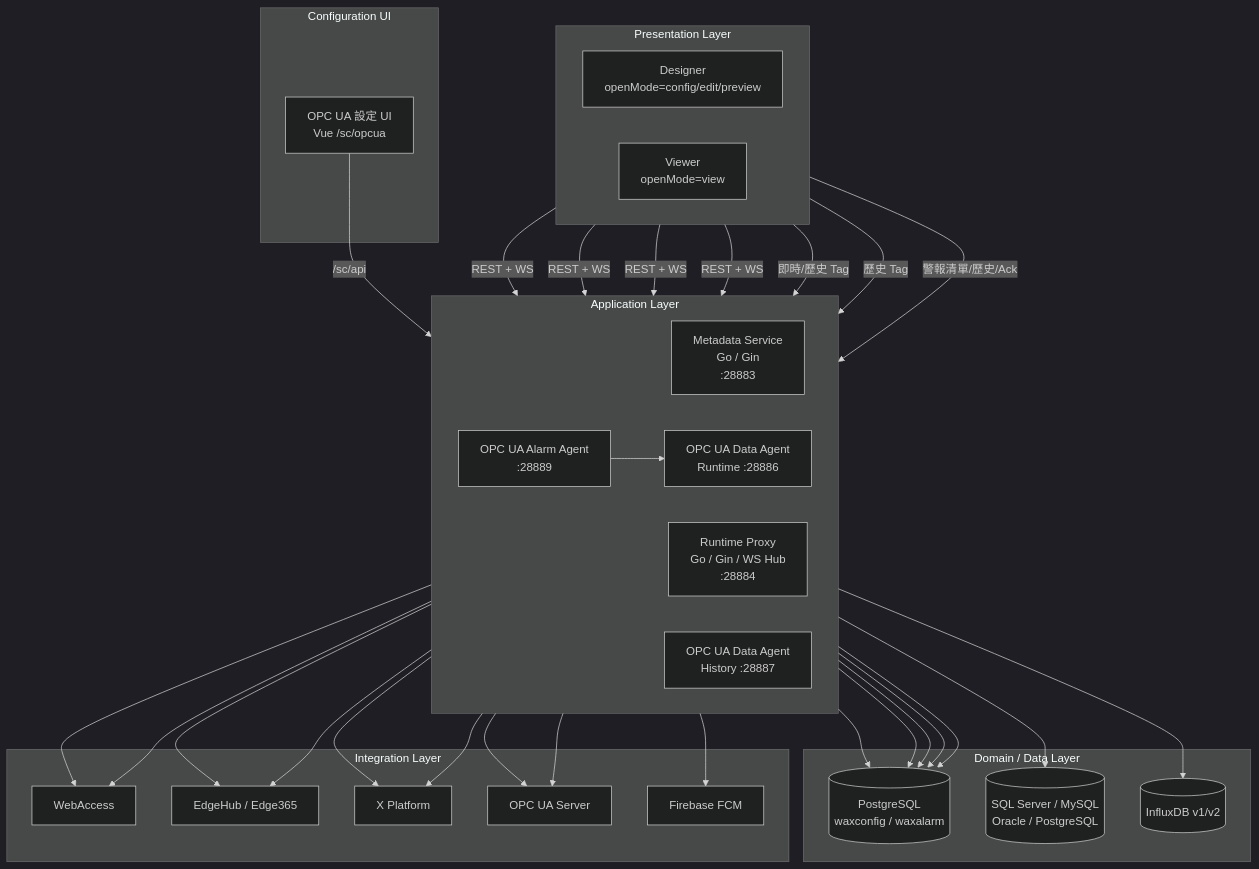
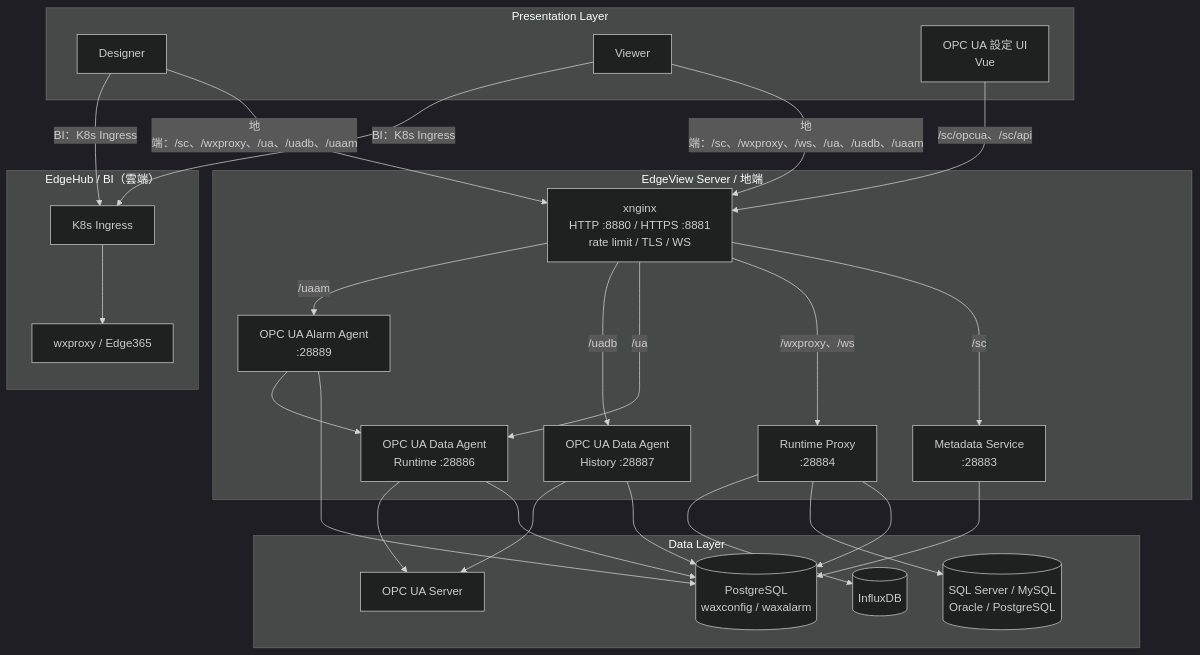
The first of 8 diagrams in SDS/02_System_Architecture.md (PochengChen-del/EdgeViewDoc), drawn with Mermaid (dark theme) before and after one commit. The commit also changed other lines of this file and 19 other files, not shown here.

Commit message:
完成 SDS 架構調整，將「地端 xnginx」與「EdgeHub/BI K8s Ingress」明確分流

````diff
--- a/SDS/02_System_Architecture.md
+++ b/SDS/02_System_Architecture.md
@@ -7,61 +15,53 @@
 ```mermaid
 flowchart TB
     subgraph Presentation["Presentation Layer"]
-        direction LR
-        Designer["Designer<br/>openMode=config/edit/preview"]
-        Viewer["Viewer<br/>openMode=view"]
+        Designer["Designer"]
+        Viewer["Viewer"]
+        Vue["OPC UA 設定 UI<br/>Vue"]
     end
 
-    subgraph Application["Application Layer"]
-        direction LR
-        Meta["Metadata Service<br/>Go / Gin<br/>:28883"]
-        Proxy["Runtime Proxy<br/>Go / Gin / WS Hub<br/>:28884"]
+    subgraph Edge["EdgeView Server / 地端"]
+        NG["xnginx<br/>HTTP :8880 / HTTPS :8881<br/>rate limit / TLS / WS"]
+        Meta["Metadata Service<br/>:28883"]
+        Proxy["Runtime Proxy<br/>:28884"]
         RT["OPC UA Data Agent<br/>Runtime :28886"]
         HIS["OPC UA Data Agent<br/>History :28887"]
         ALM["OPC UA Alarm Agent<br/>:28889"]
     end
 
-    subgraph UI["Configuration UI"]
-        Vue["OPC UA 設定 UI<br/>Vue /sc/opcua"]
+    subgraph BI["EdgeHub / BI（雲端）"]
+        ING["K8s Ingress"]
+        Cloud["wxproxy / Edge365"]
     end
 
-    subgraph Domain["Domain / Data Layer"]
-        PGCfg[(PostgreSQL<br/>waxconfig / waxalarm)]
+    subgraph Data["Data Layer"]
+        PG[(PostgreSQL<br/>waxconfig / waxalarm)]
         ExtDB[(SQL Server / MySQL<br/>Oracle / PostgreSQL)]
-        Influx[(InfluxDB v1/v2)]
+        Influx[(InfluxDB)]
+        OPC[OPC UA Server]
     end
 
-    subgraph Integration["Integration Layer"]
-        WA[WebAccess]
-        EH[EdgeHub / Edge365]
-        X[X Platform]
-        OPC[OPC UA Server]
-        FCM[Firebase FCM]
-    end
+    Designer -->|地端：/sc、/wxproxy、/ua、/uadb、/uaam| NG
+    Viewer -->|地端：/sc、/wxproxy、/ws、/ua、/uadb、/uaam| NG
+    Vue -->|/sc/opcua、/sc/api| NG
+    Designer -->|BI：K8s Ingress| ING
+    Viewer -->|BI：K8s Ingress| ING
+    ING --> Cloud
 
-    Designer -->|REST + WS| Meta
-    Viewer -->|REST + WS| Meta
-    Designer -->|REST + WS| Proxy
-    Viewer -->|REST + WS| Proxy
-    Viewer -->|即時/歷史 Tag| RT
-    Viewer -->|歷史 Tag| HIS
-    Viewer -->|警報清單/歷史/Ack| ALM
-    Vue -->|/sc/api| Meta
-    Meta --> PGCfg
-    Proxy --> PGCfg
+    NG -->|/sc| Meta
+    NG -->|/wxproxy、/ws| Proxy
+    NG -->|/ua| RT
+    NG -->|/uadb| HIS
+    NG -->|/uaam| ALM
+
+    Meta --> PG
+    Proxy --> PG
+    RT --> PG
+    HIS --> PG
+    ALM --> PG
     Proxy --> ExtDB
     Proxy --> Influx
-    Meta --> WA
-    Meta --> EH
-    Meta --> X
-    Proxy --> WA
-    Proxy --> EH
-    Proxy --> X
-    Proxy --> FCM
     RT --> OPC
     HIS --> OPC
-    RT --> PGCfg
-    HIS --> PGCfg
-    ALM --> PGCfg
     ALM --> RT
 ```
````
